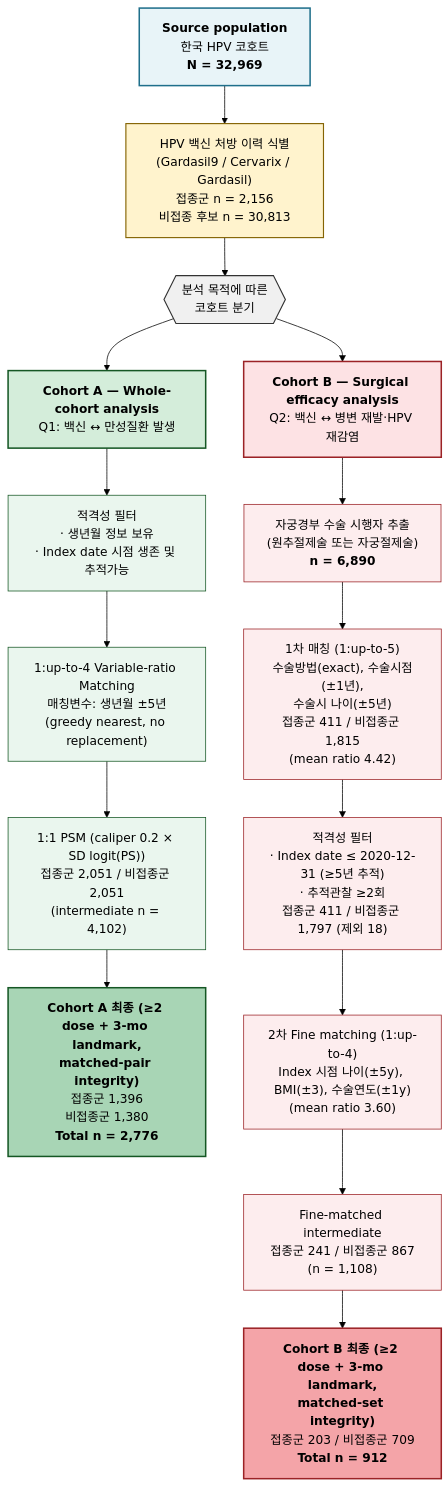
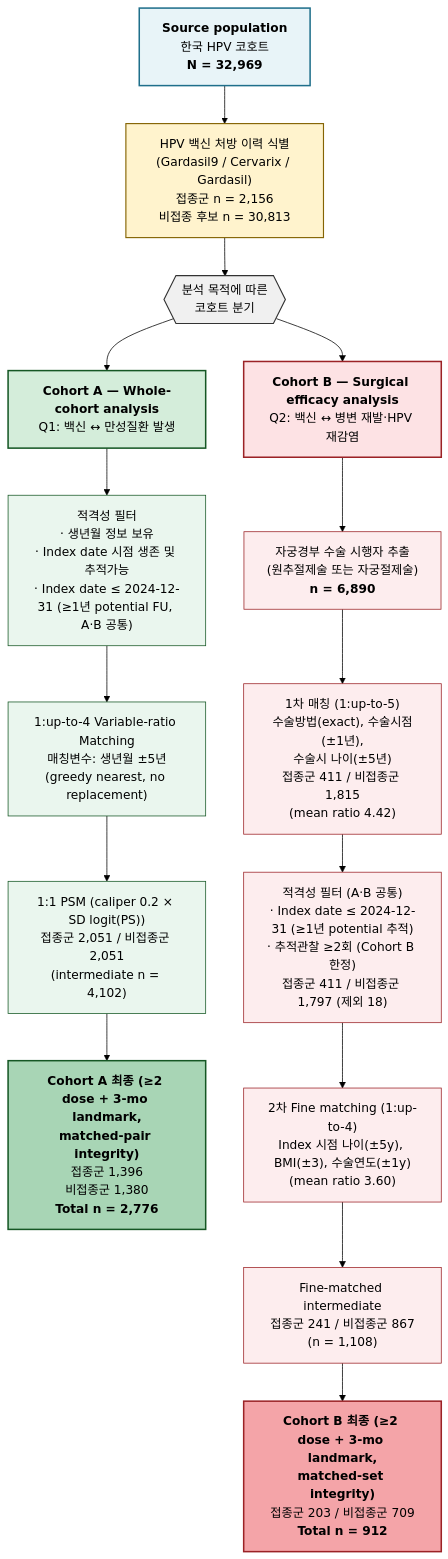
One commit to sueinchoi/HPV_vaccines changed the diagram in docs/Methods_CohortSelection.md. Above: the diagram before and after it, drawn with Mermaid (forest theme). The commit also changed other lines of this file and 16 other files, not shown here.

````diff
--- a/docs/Methods_CohortSelection.md
+++ b/docs/Methods_CohortSelection.md
@@ -66,34 +66,34 @@
 ```mermaid
 flowchart TD
     SRC["<b>Source population</b><br/>한국 HPV 코호트<br/><b>N = 32,969</b>"]:::src
 
     SRC --> EXP["HPV 백신 처방 이력 식별<br/>(Gardasil9 / Cervarix / Gardasil)<br/>접종군 n = 2,156<br/>비접종 후보 n = 30,813"]:::exp
 
     EXP --> SPLIT{{"분석 목적에 따른<br/>코호트 분기"}}:::split
 
     %% Cohort A: Whole-cohort
     SPLIT --> A1["<b>Cohort A — Whole-cohort analysis</b><br/>Q1: 백신 ↔ 만성질환 발생"]:::ah
-    A1 --> A2["적격성 필터<br/>· 생년월 정보 보유<br/>· Index date 시점 생존 및 추적가능"]:::ab
+    A1 --> A2["적격성 필터<br/>· 생년월 정보 보유<br/>· Index date 시점 생존 및 추적가능<br/>· Index date ≤ 2024-12-31 (≥1년 potential FU, A·B 공통)"]:::ab
     A2 --> A3["1:up-to-4 Variable-ratio Matching<br/>매칭변수: 생년월 ±5년<br/>(greedy nearest, no replacement)"]:::ab
     A3 --> A3b["1:1 PSM (caliper 0.2 × SD logit(PS))<br/>접종군 2,051 / 비접종군 2,051<br/>(intermediate n = 4,102)"]:::ab
     A3b --> A4["<b>Cohort A 최종 (≥2 dose + 3-mo landmark,</b><br/><b>matched-pair integrity)</b><br/>접종군 1,396<br/>비접종군 1,380<br/><b>Total n = 2,776</b>"]:::af
 
     %% Cohort B: Surgical
     SPLIT --> B1["<b>Cohort B — Surgical efficacy analysis</b><br/>Q2: 백신 ↔ 병변 재발·HPV 재감염"]:::bh
     B1 --> B2["자궁경부 수술 시행자 추출<br/>(원추절제술 또는 자궁절제술)<br/><b>n = 6,890</b>"]:::bb
     B2 --> B3["1차 매칭 (1:up-to-5)<br/>수술방법(exact), 수술시점(±1년),<br/>수술시 나이(±5년)<br/>접종군 411 / 비접종군 1,815<br/>(mean ratio 4.42)"]:::bb
-    B3 --> B4["적격성 필터<br/>· Index date ≤ 2020-12-31 (≥5년 추적)<br/>· 추적관찰 ≥2회<br/>접종군 411 / 비접종군 1,797 (제외 18)"]:::bb
+    B3 --> B4["적격성 필터 (A·B 공통)<br/>· Index date ≤ 2024-12-31 (≥1년 potential 추적)<br/>· 추적관찰 ≥2회 (Cohort B 한정)<br/>접종군 411 / 비접종군 1,797 (제외 18)"]:::bb
     B4 --> B5["2차 Fine matching (1:up-to-4)<br/>Index 시점 나이(±5y), BMI(±3), 수술연도(±1y)<br/>(mean ratio 3.60)"]:::bb
     B5 --> B5b["Fine-matched intermediate<br/>접종군 241 / 비접종군 867<br/>(n = 1,108)"]:::bb
     B5b --> B6["<b>Cohort B 최종 (≥2 dose + 3-mo landmark,</b><br/><b>matched-set integrity)</b><br/>접종군 203 / 비접종군 709<br/><b>Total n = 912</b>"]:::bf
 
     classDef src fill:#e8f4f8,stroke:#1f6f8b,stroke-width:2px,color:#000
     classDef exp fill:#fff3cd,stroke:#856404,stroke-width:1.5px,color:#000
     classDef split fill:#f0f0f0,stroke:#333,stroke-width:1.5px,color:#000
     classDef ah fill:#d4edda,stroke:#155724,stroke-width:2px,color:#000
     classDef ab fill:#eaf6ee,stroke:#155724,stroke-width:1px,color:#000
     classDef af fill:#a8d5b5,stroke:#155724,stroke-width:2px,color:#000
     classDef bh fill:#fde2e4,stroke:#9b2226,stroke-width:2px,color:#000
     classDef bb fill:#fdedee,stroke:#9b2226,stroke-width:1px,color:#000
     classDef bf fill:#f4a4a8,stroke:#9b2226,stroke-width:2px,color:#000
 ```
````
